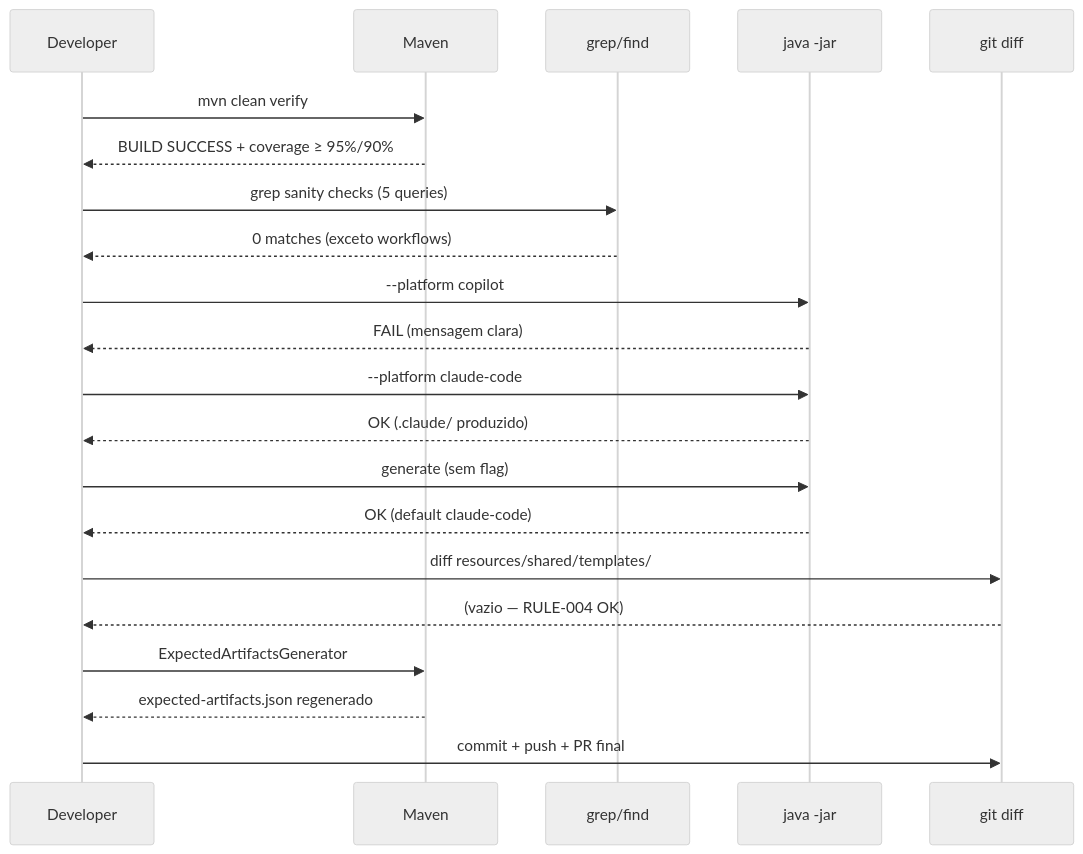
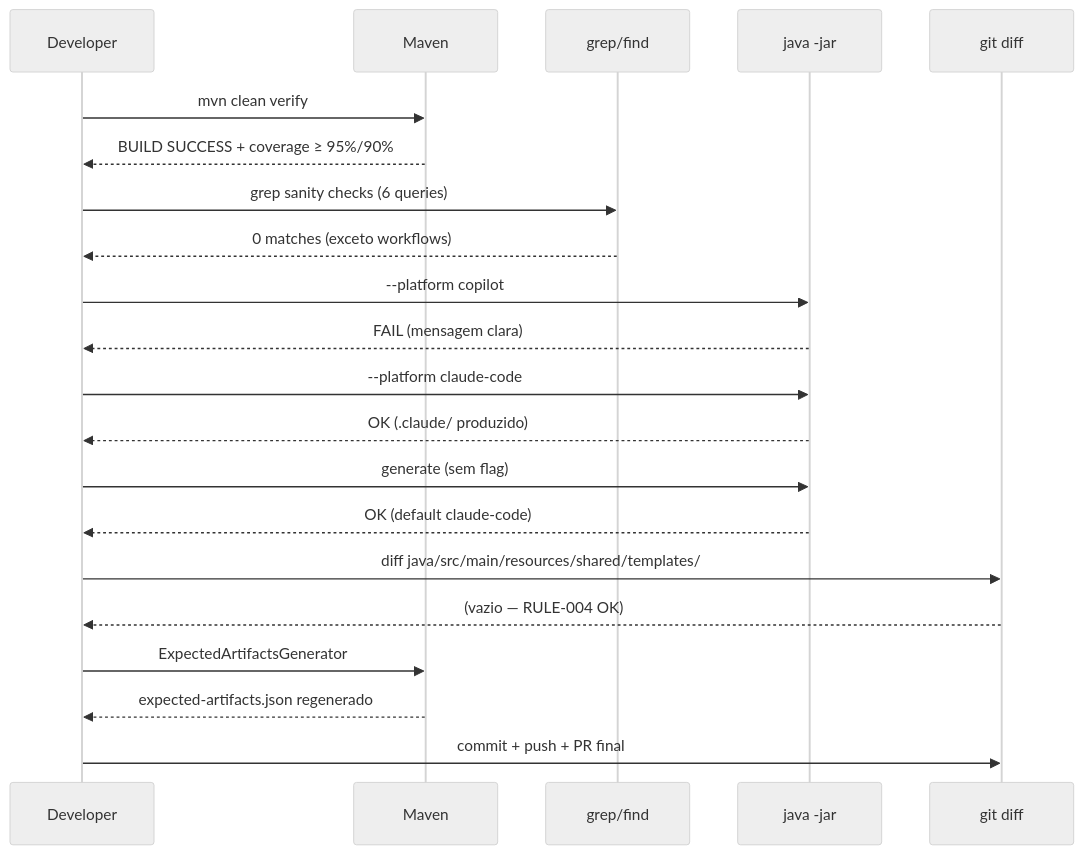
One commit to edercnj/ia-dev-environment changed the first of 2 diagrams in plans/epic-0034/story-0034-0005.md. Above: the diagram before and after it, drawn with Mermaid (neutral theme). The commit also changed other lines of this file and 5 other files, not shown here.

````diff
--- a/plans/epic-0034/story-0034-0005.md
+++ b/plans/epic-0034/story-0034-0005.md
@@ -216,24 +216,24 @@
 ```mermaid
 sequenceDiagram
     participant Dev as Developer
     participant Build as Maven
     participant Grep as grep/find
     participant CLI as java -jar
     participant Git as git diff
 
     Dev->>Build: mvn clean verify
     Build-->>Dev: BUILD SUCCESS + coverage ≥ 95%/90%
-    Dev->>Grep: grep sanity checks (5 queries)
+    Dev->>Grep: grep sanity checks (6 queries)
     Grep-->>Dev: 0 matches (exceto workflows)
     Dev->>CLI: --platform copilot
     CLI-->>Dev: FAIL (mensagem clara)
     Dev->>CLI: --platform claude-code
     CLI-->>Dev: OK (.claude/ produzido)
     Dev->>CLI: generate (sem flag)
     CLI-->>Dev: OK (default claude-code)
-    Dev->>Git: diff resources/shared/templates/
+    Dev->>Git: diff java/src/main/resources/shared/templates/
     Git-->>Dev: (vazio — RULE-004 OK)
     Dev->>Build: ExpectedArtifactsGenerator
     Build-->>Dev: expected-artifacts.json regenerado
     Dev->>Git: commit + push + PR final
 ```
````
